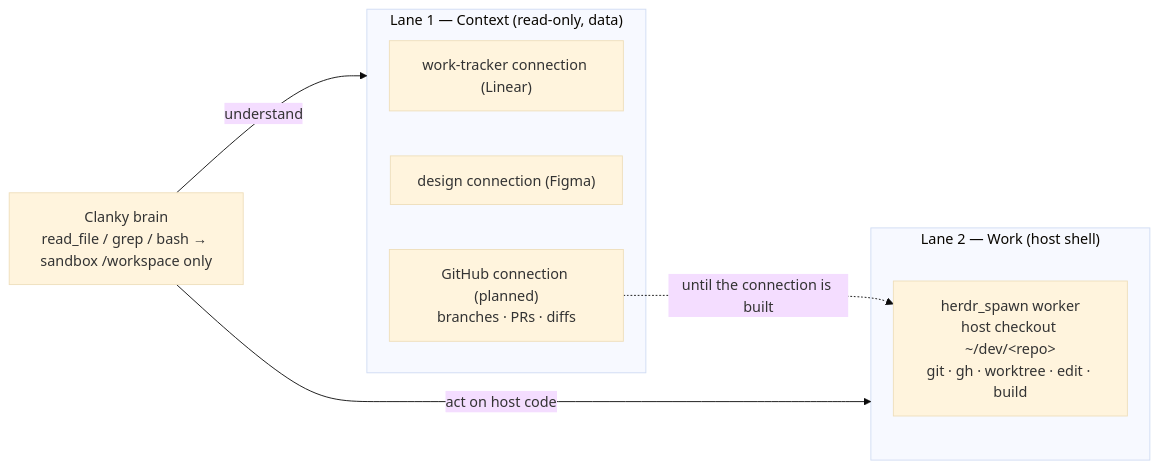
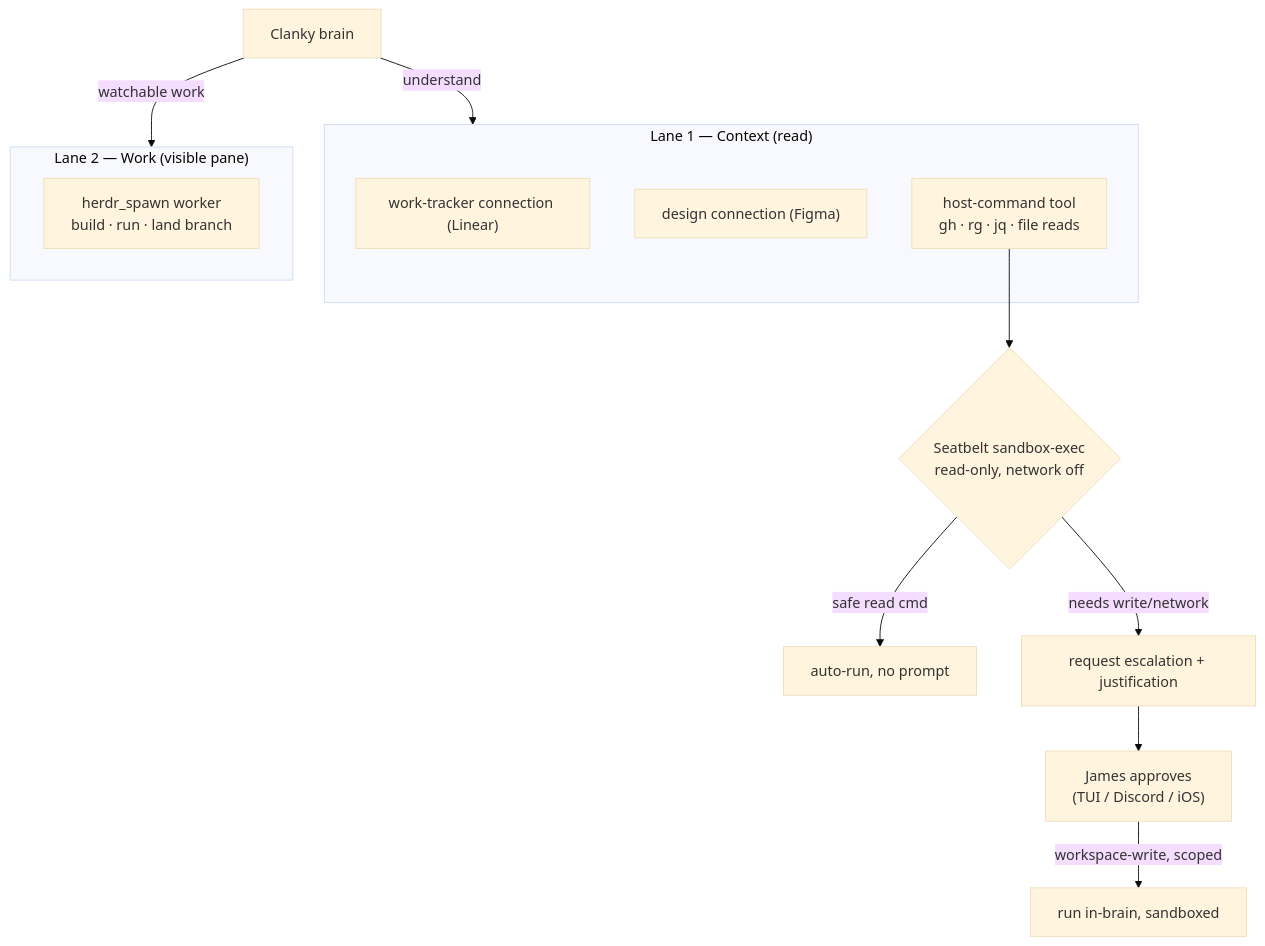
Before and after one commit to Volpestyle/clanky: the diagram in docs/adr/0003-context-access-two-lane.md, drawn with Mermaid (base theme). The commit also changed other lines of this file and 2 other files, not shown here.

Commit message:
Refine host context access ADR

````diff
--- a/docs/adr/0003-context-access-two-lane.md
+++ b/docs/adr/0003-context-access-two-lane.md
@@ -103,15 +172,20 @@
 ```mermaid
-flowchart LR
-  brain["Clanky brain<br/>read_file / grep / bash → sandbox /workspace only"]
-  subgraph L1["Lane 1 — Context (read-only, data)"]
+flowchart TB
+  brain["Clanky brain"]
+  subgraph L1["Lane 1 — Context (read)"]
     lin["work-tracker connection (Linear)"]
     fig["design connection (Figma)"]
-    gh1["GitHub connection (planned)<br/>branches · PRs · diffs"]
+    host["host-command tool<br/>gh · rg · jq · file reads"]
   end
-  subgraph L2["Lane 2 — Work (host shell)"]
-    worker["herdr_spawn worker<br/>host checkout ~/dev/&lt;repo&gt;<br/>git · gh · worktree · edit · build"]
+  subgraph L2["Lane 2 — Work (visible pane)"]
+    pane["herdr_spawn worker<br/>build · run · land branch"]
   end
   brain -->|understand| L1
-  brain -->|act on host code| L2
-  gh1 -. until the connection is built .-> worker
+  brain -->|watchable work| L2
+
+  host --> gate{"Seatbelt sandbox-exec<br/>read-only, network off"}
+  gate -->|safe read cmd| autorun["auto-run, no prompt"]
+  gate -->|needs write/network| esc["request escalation + justification"]
+  esc --> approve["James approves<br/>(TUI / Discord / iOS)"]
+  approve -->|workspace-write, scoped| inbrain["run in-brain, sandboxed"]
 ```
````
